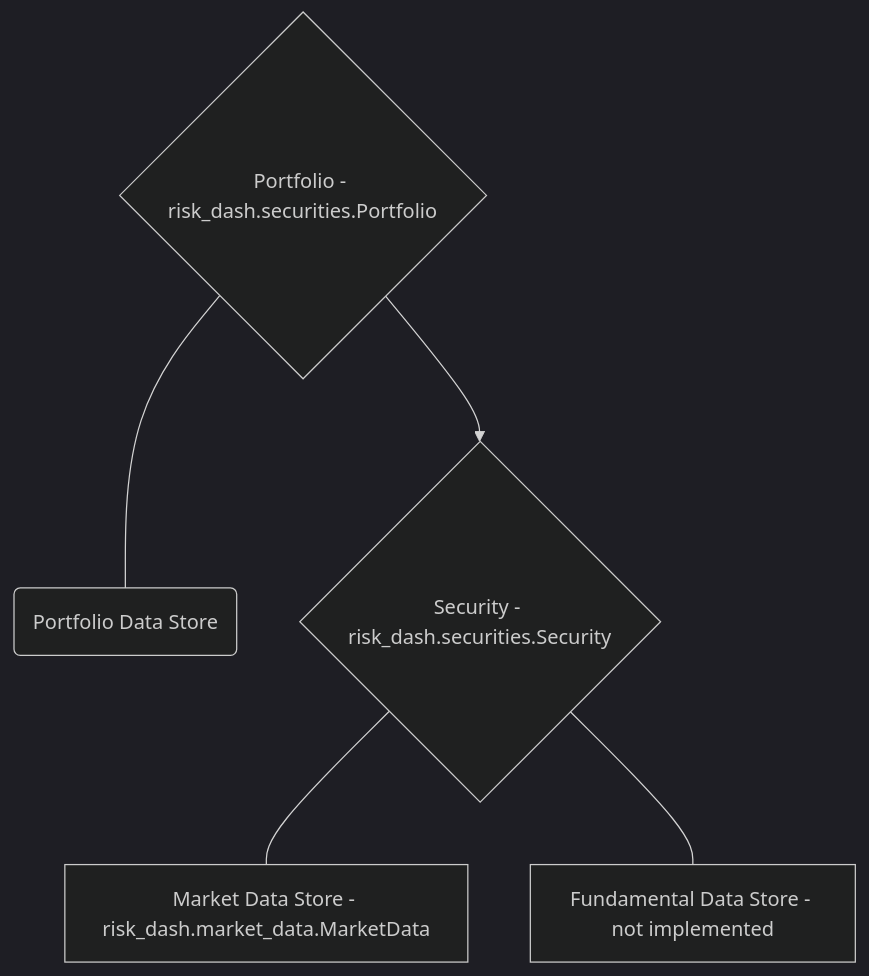
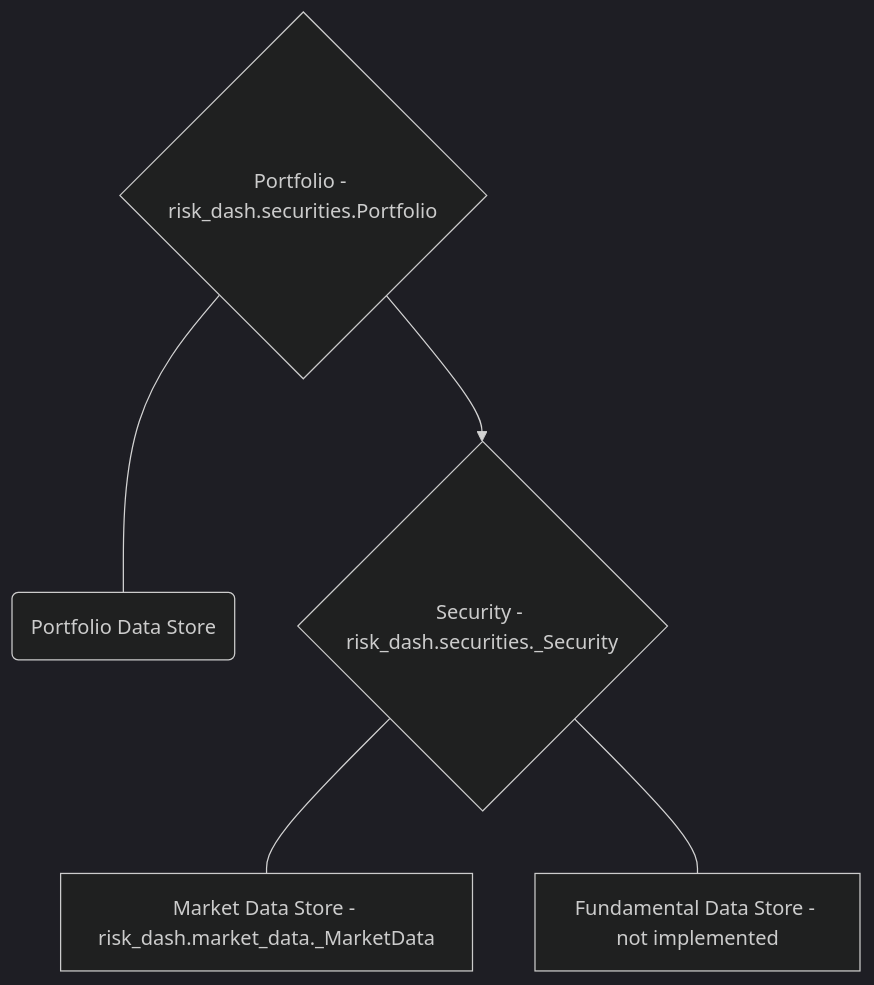
One commit to avanoene/risk_dash changed the diagram in documentation/Documentation.md. Above: the diagram before and after it, drawn with Mermaid (dark theme). The commit also changed other lines of this file and 9 other files, not shown here.

````diff
--- a/documentation/Documentation.md
+++ b/documentation/Documentation.md
@@ -52,7 +52,7 @@
 ```mermaid
 graph TD
 A{Portfolio - risk_dash.securities.Portfolio} --- B(Portfolio Data Store)
-A --> C{Security - risk_dash.securities.Security}
-C --- D[Market Data Store - risk_dash.market_data.MarketData]
+A --> C{Security - risk_dash.securities._Security}
+C --- D[Market Data Store - risk_dash.market_data._MarketData]
 C --- E[Fundamental Data Store - not implemented]
 ```
````
